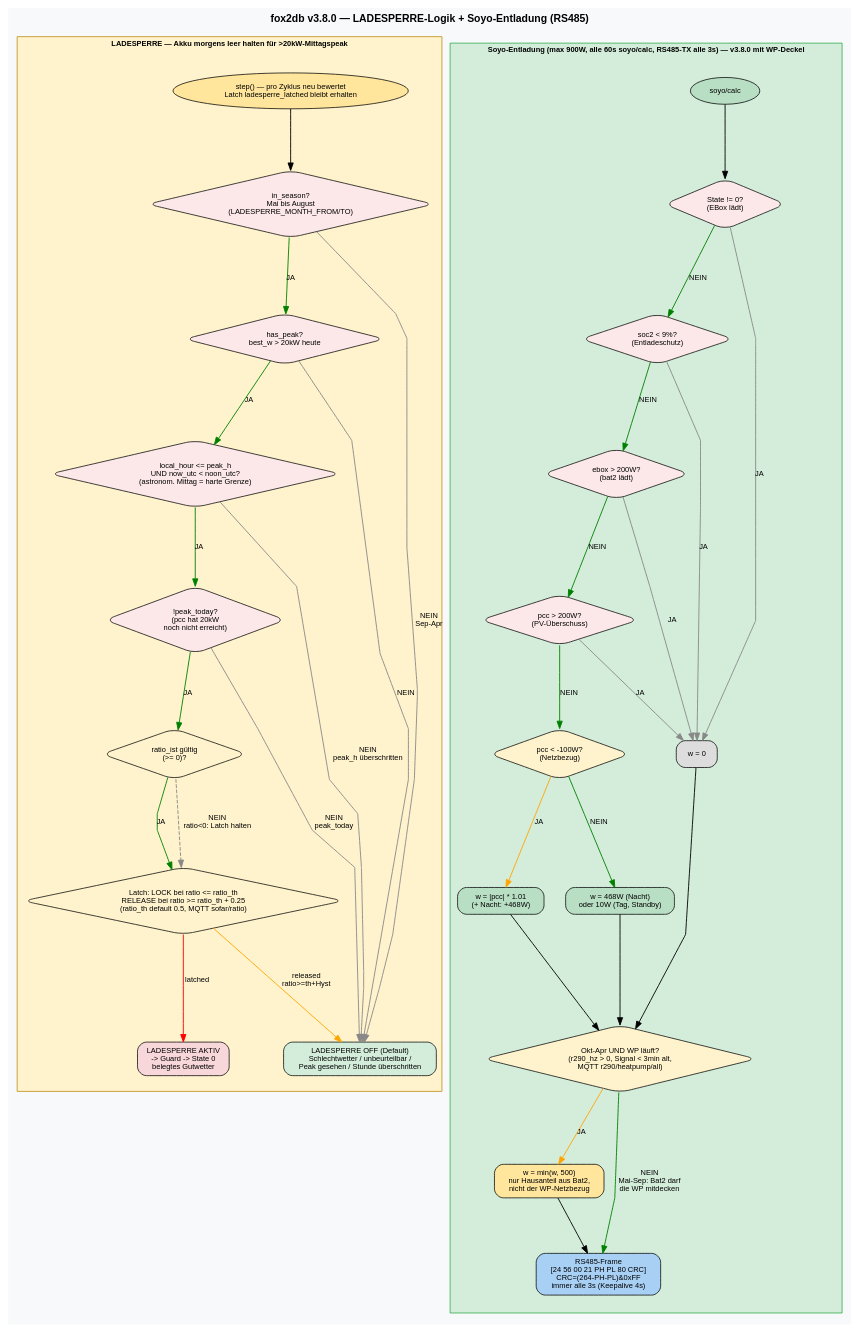
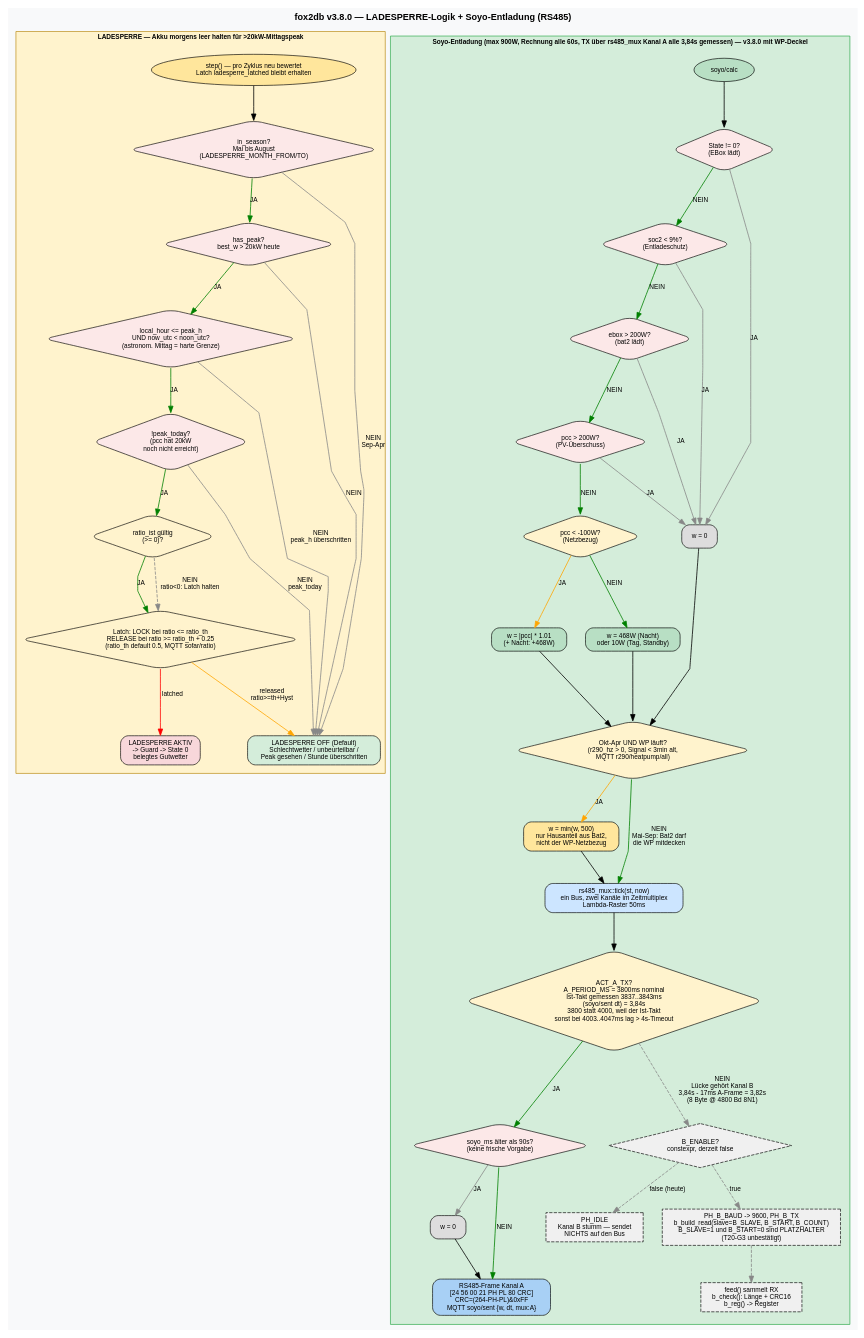
The diagram in waveshare_v3_page4.dot (gerontec/sofar), drawn with Graphviz before and after one commit. The commit also changed 7 other files, not shown here.

First line of the commit message:
docs(waveshare): rs485_mux im Flowchart, Kanal B gestrichelt, Ist-Takt gemessen

```diff
--- a/waveshare_v3_page4.dot
+++ b/waveshare_v3_page4.dot
@@ -1,76 +1,94 @@
 
 digraph WaveshareSoyo {
     graph [
         label="fox2db v3.8.0 — LADESPERRE-Logik + Soyo-Entladung (RS485)"
         labelloc=t fontsize=14 fontname="Helvetica-Bold"
         rankdir=TB splines=polyline nodesep=0.4 ranksep=0.5
         bgcolor="#f8f9fa" size="11,17" ratio=fill
     ]
     node [fontname="Helvetica" fontsize=10 margin="0.18,0.08" style="filled,rounded"]
     edge [fontname="Helvetica" fontsize=10 penwidth=1.2]
 
     subgraph cluster_lade {
         label="LADESPERRE — Akku morgens leer halten für >20kW-Mittagspeak" style="filled" fillcolor="#fff3cd"
         fontname="Helvetica-Bold" fontsize=10 color="#b8860b"
 
         L0 [shape=oval fillcolor="#ffe69c" label="step() — pro Zyklus neu bewertet\nLatch ladesperre_latched bleibt erhalten"]
         Ls [shape=diamond fillcolor="#fce8e8" label="in_season?\nMai bis August\n(LADESPERRE_MONTH_FROM/TO)"]
         L1 [shape=diamond fillcolor="#fce8e8" label="has_peak?\nbest_w > 20kW heute"]
         L2 [shape=diamond fillcolor="#fce8e8" label="local_hour <= peak_h\nUND now_utc < noon_utc?\n(astronom. Mittag = harte Grenze)"]
         L3 [shape=diamond fillcolor="#fce8e8" label="!peak_today?\n(pcc hat 20kW\nnoch nicht erreicht)"]
         L4 [shape=diamond fillcolor="#fff3cd" label="ratio_ist gültig\n(>= 0)?"]
         L5 [shape=diamond fillcolor="#fff3cd" label="Latch: LOCK bei ratio <= ratio_th\nRELEASE bei ratio >= ratio_th + 0.25\n(ratio_th default 0.5, MQTT sofar/ratio)"]
         LON [shape=box fillcolor="#f8d7da" label="LADESPERRE AKTIV\n-> Guard -> State 0\nbelegtes Gutwetter"]
         LOFF [shape=box fillcolor="#d4edda" label="LADESPERRE OFF (Default)\nSchlechtwetter / unbeurteilbar /\nPeak gesehen / Stunde überschritten"]
 
         L0 -> Ls
         Ls -> L1 [label="JA" color="green"]
         Ls -> LOFF [label="NEIN\nSep-Apr" color="#888888"]
         L1 -> L2 [label="JA" color="green"]
         L1 -> LOFF [label="NEIN" color="#888888"]
         L2 -> L3 [label="JA" color="green"]
         L2 -> LOFF [label="NEIN\npeak_h überschritten" color="#888888"]
         L3 -> L4 [label="JA" color="green"]
         L3 -> LOFF [label="NEIN\npeak_today" color="#888888"]
         L4 -> L5 [label="JA" color="green"]
         L4 -> L5 [label="NEIN\nratio<0: Latch halten" style=dashed color="#888888"]
         L5 -> LON [label="latched" color="red"]
         L5 -> LOFF [label="released\nratio>=th+Hyst" color="orange"]
     }
 
     subgraph cluster_soyo {
-        label="Soyo-Entladung (max 900W, alle 60s soyo/calc, RS485-TX alle 3s) — v3.8.0 mit WP-Deckel" style="filled" fillcolor="#d4edda"
+        label="Soyo-Entladung (max 900W, Rechnung alle 60s, TX über rs485_mux Kanal A alle 3,84s gemessen) — v3.8.0 mit WP-Deckel" style="filled" fillcolor="#d4edda"
         fontname="Helvetica-Bold" fontsize=10 color="#28a745"
 
         S0 [shape=oval fillcolor="#b8dfc4" label="soyo/calc"]
         Sd1 [shape=diamond fillcolor="#fce8e8" label="State != 0?\n(EBox lädt)"]
         Sd2 [shape=diamond fillcolor="#fce8e8" label="soc2 < 9%?\n(Entladeschutz)"]
         Sd3 [shape=diamond fillcolor="#fce8e8" label="ebox > 200W?\n(bat2 lädt)"]
         Sd4 [shape=diamond fillcolor="#fce8e8" label="pcc > 200W?\n(PV-Überschuss)"]
         Sd5 [shape=diamond fillcolor="#fff3cd" label="pcc < -100W?\n(Netzbezug)"]
         Sw0 [shape=box fillcolor="#dddddd" label="w = 0"]
         Swc [shape=box fillcolor="#b8dfc4" label="w = |pcc| * 1.01\n(+ Nacht: +468W)"]
         Sws [shape=box fillcolor="#b8dfc4" label="w = 468W (Nacht)\noder 10W (Tag, Standby)"]
         Swp [shape=diamond fillcolor="#fff3cd" label="Okt-Apr UND WP läuft?\n(r290_hz > 0, Signal < 3min alt,\nMQTT r290/heatpump/all)"]
         Scap [shape=box fillcolor="#ffe69c" label="w = min(w, 500)\nnur Hausanteil aus Bat2,\nnicht der WP-Netzbezug"]
-        Stx [shape=box fillcolor="#a8d0f5" label="RS485-Frame\n[24 56 00 21 PH PL 80 CRC]\nCRC=(264-PH-PL)&0xFF\nimmer alle 3s (Keepalive 4s)"]
+        Smux [shape=box fillcolor="#cce5ff" label="rs485_mux::tick(st, now)\nein Bus, zwei Kanäle im Zeitmultiplex\nLambda-Raster 50ms"]
+        SdA [shape=diamond fillcolor="#fff3cd" label="ACT_A_TX?\nA_PERIOD_MS = 3800ms nominal\nIst-Takt gemessen 3837..3843ms\n(soyo/sent dt) = 3,84s\n3800 statt 4000, weil der Ist-Takt\nsonst bei 4003..4047ms lag > 4s-Timeout"]
+        Sage [shape=diamond fillcolor="#fce8e8" label="soyo_ms älter als 90s?\n(keine frische Vorgabe)"]
+        Sw90 [shape=box fillcolor="#dddddd" label="w = 0"]
+        Stx [shape=box fillcolor="#a8d0f5" label="RS485-Frame Kanal A\n[24 56 00 21 PH PL 80 CRC]\nCRC=(264-PH-PL)&0xFF\nMQTT soyo/sent {w, dt, mux:A}"]
+
+        SB0 [shape=diamond style="dashed,filled" fillcolor="#f0f0f0" label="B_ENABLE?\nconstexpr, derzeit false"]
+        SBoff [shape=box style="dashed,filled" fillcolor="#f0f0f0" label="PH_IDLE\nKanal B stumm — sendet\nNICHTS auf den Bus"]
+        SB1 [shape=box style="dashed,filled" fillcolor="#f0f0f0" label="PH_B_BAUD -> 9600, PH_B_TX\nb_build_read(slave=B_SLAVE, B_START, B_COUNT)\nB_SLAVE=1 und B_START=0 sind PLATZHALTER\n(T20-G3 unbestätigt)"]
+        SB2 [shape=box style="dashed,filled" fillcolor="#f0f0f0" label="feed() sammelt RX\nb_check(): Länge + CRC16\nb_reg() -> Register"]
 
         S0 -> Sd1
         Sd1 -> Sw0 [label="JA" color="#888888"]
         Sd1 -> Sd2 [label="NEIN" color="green"]
         Sd2 -> Sw0 [label="JA" color="#888888"]
         Sd2 -> Sd3 [label="NEIN" color="green"]
         Sd3 -> Sw0 [label="JA" color="#888888"]
         Sd3 -> Sd4 [label="NEIN" color="green"]
         Sd4 -> Sw0 [label="JA" color="#888888"]
         Sd4 -> Sd5 [label="NEIN" color="green"]
         Sd5 -> Swc [label="JA" color="orange"]
         Sd5 -> Sws [label="NEIN" color="green"]
         Sw0 -> Swp
         Swc -> Swp
         Sws -> Swp
         Swp -> Scap [label="JA" color="orange"]
-        Swp -> Stx [label="NEIN\nMai-Sep: Bat2 darf\ndie WP mitdecken" color="green"]
-        Scap -> Stx
+        Swp -> Smux [label="NEIN\nMai-Sep: Bat2 darf\ndie WP mitdecken" color="green"]
+        Scap -> Smux
+        Smux -> SdA
+        SdA -> Sage [label="JA" color="green"]
+        Sage -> Sw90 [label="JA" color="#888888"]
+        Sage -> Stx [label="NEIN" color="green"]
+        Sw90 -> Stx
+        SdA -> SB0 [label="NEIN\nLücke gehört Kanal B\n3,84s - 17ms A-Frame = 3,82s\n(8 Byte @ 4800 Bd 8N1)" style=dashed color="#888888"]
+        SB0 -> SBoff [label="false (heute)" style=dashed color="#888888"]
+        SB0 -> SB1 [label="true" style=dashed color="#888888"]
+        SB1 -> SB2 [style=dashed color="#888888"]
     }
 }
```
